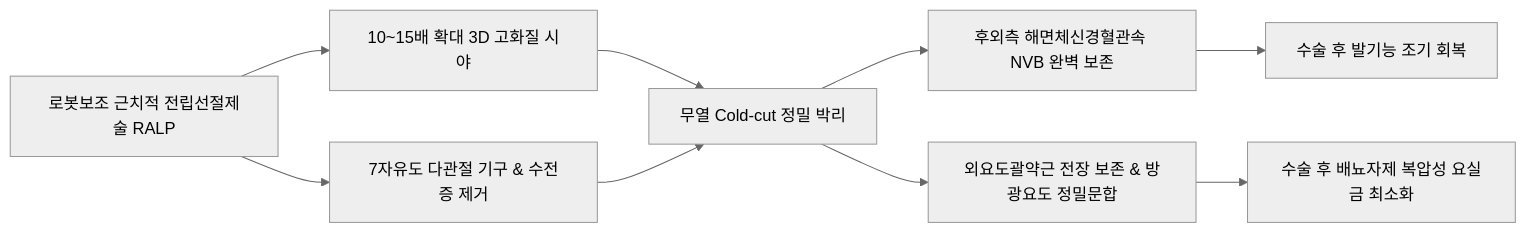
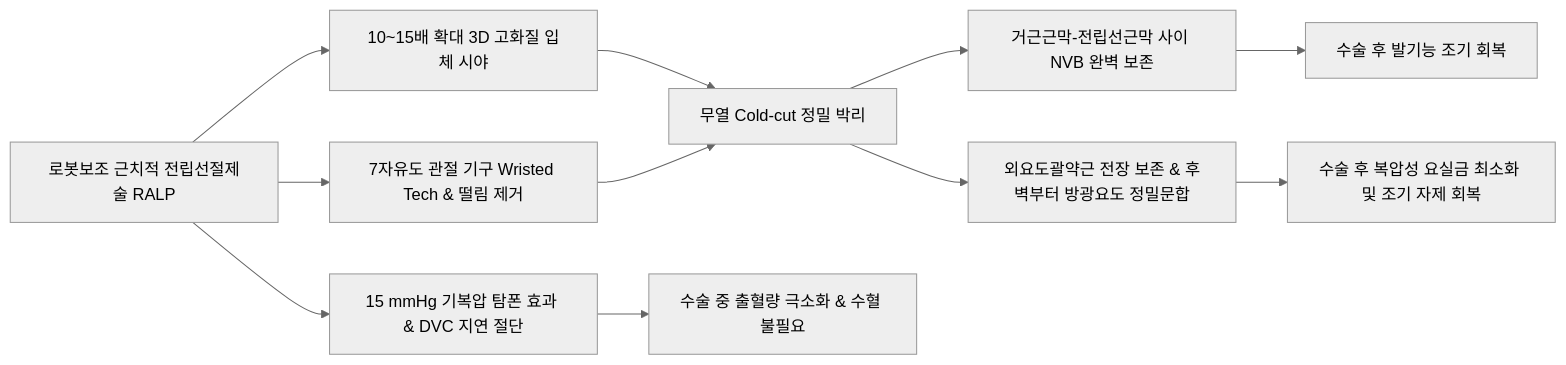
One commit to simbio11/simbio-digital-garden2 changed the second of 2 diagrams in content/5. 독서, 노트/독서/네터해부학/Vol1_생식기계/Day04_정낭_전립선_해부병리_수술학.md. Above: the diagram before and after it, drawn with Mermaid (neutral theme). The commit also changed other lines of this file and 7 other files, not shown here.

````diff
--- a/content/5. 독서, 노트/독서/네터해부학/Vol1_생식기계/Day04_정낭_전립선_해부병리_수술학.md
+++ b/content/5. 독서, 노트/독서/네터해부학/Vol1_생식기계/Day04_정낭_전립선_해부병리_수술학.md
@@ -352,14 +767,16 @@
 ```mermaid
 graph LR
- RALP[로봇보조 근치적 전립선절제술 RALP] --> HighVision[10~15배 확대 3D 고화질 시야]
- RALP --> Articulated[7자유도 다관절 기구 & 수전증 제거]
+ RALP[로봇보조 근치적 전립선절제술 RALP] --> HighVision[10~15배 확대 3D 고화질 입체 시야]
+ RALP --> Articulated[7자유도 관절 기구 Wristed Tech & 떨림 제거]
+ RALP --> Pneumo[15 mmHg 기복압 탐폰 효과 & DVC 지연 절단]
  
  HighVision --> Dissection[무열 Cold-cut 정밀 박리]
  Articulated --> Dissection
  
- Dissection --> PreserveNVB[후외측 해면체신경혈관속 NVB 완벽 보존]
- Dissection --> SparingSphincter[외요도괄약근 전장 보존 & 방광요도 정밀문합]
+ Dissection --> PreserveNVB[거근근막-전립선근막 사이 NVB 완벽 보존]
+ Dissection --> SparingSphincter[외요도괄약근 전장 보존 & 후벽부터 방광요도 정밀문합]
+ Pneumo --> MinBleeding[수술 중 출혈량 극소화 & 수혈 불필요]
  
  PreserveNVB --> Potency[수술 후 발기능 조기 회복]
- SparingSphincter --> Continence[수술 후 배뇨자제 복압성 요실금 최소화]
+ SparingSphincter --> Continence[수술 후 복압성 요실금 최소화 및 조기 자제 회복]
 ```
````
